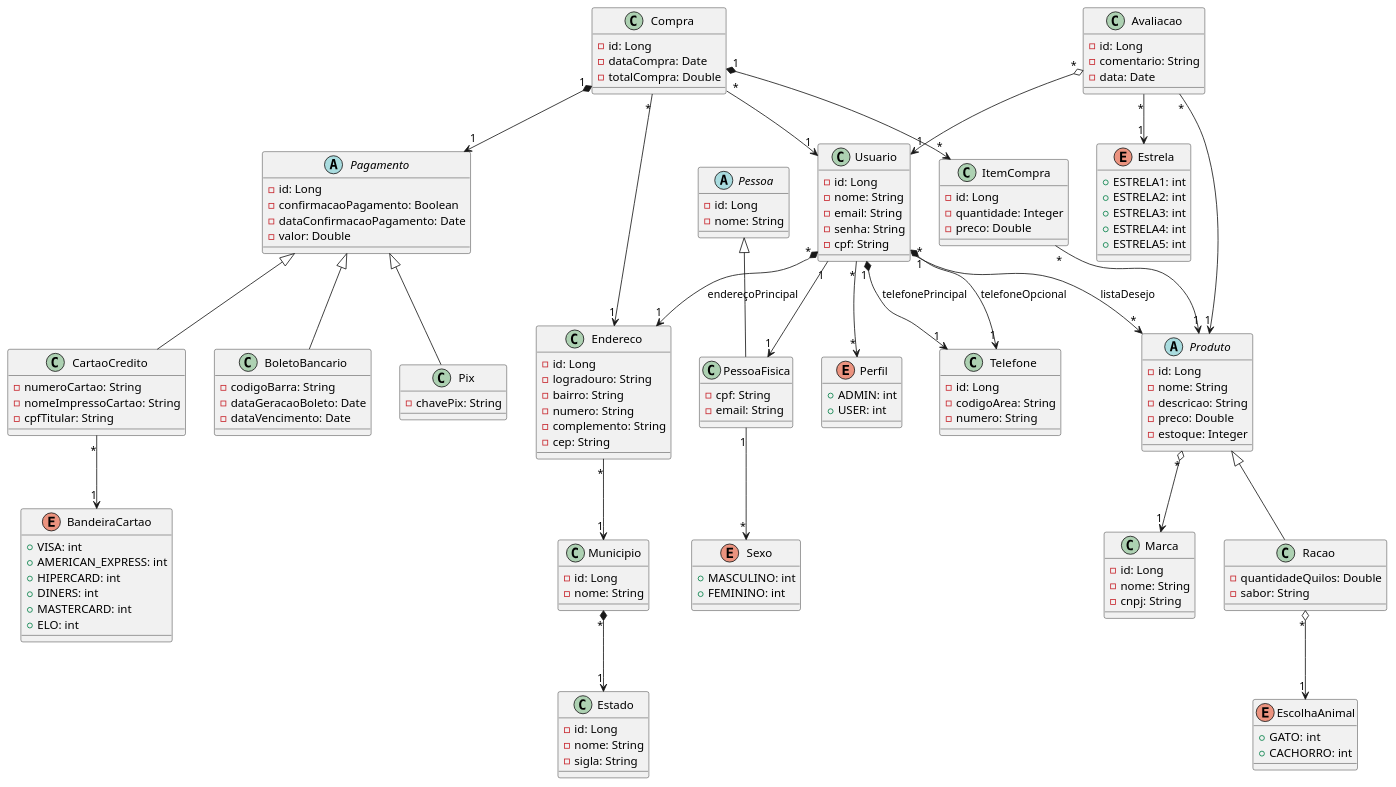
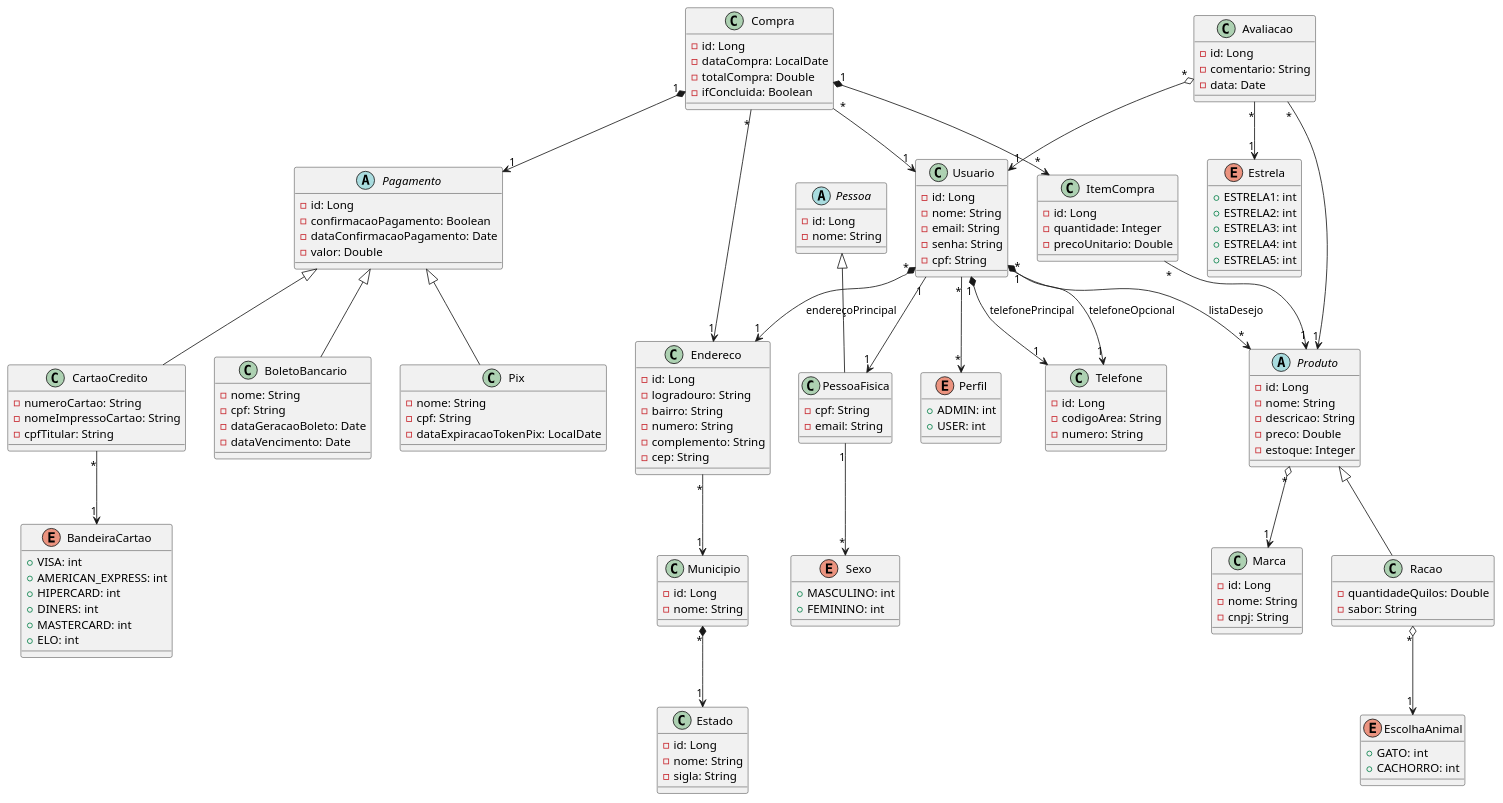
The diagram in JavaPets.plantuml (emannuelop/JavaPets-eCommerce), drawn with PlantUML before and after one commit. The commit also changed other lines of this file, not shown here.

Commit message:
UML atualizado

```diff
--- a/JavaPets.plantuml
+++ b/JavaPets.plantuml
@@ -72,15 +70,16 @@
     class Compra {
 
         - id: Long
-        - dataCompra: Date
+        - dataCompra: LocalDate
         - totalCompra: Double
+        - ifConcluida: Boolean
     }
 
     class ItemCompra {
 
         - id: Long
         - quantidade: Integer
-        - preco: Double
+        - precoUnitario: Double
     }
 
     class Endereco {
@@ -119,14 +118,17 @@
 
     class BoletoBancario {
 
-        - codigoBarra: String
+        - nome: String
+        - cpf: String
         - dataGeracaoBoleto: Date
         - dataVencimento: Date
     }
 
     class Pix {
 
-        - chavePix: String
+        - nome: String
+        - cpf: String
+        - dataExpiracaoTokenPix: LocalDate
     }
 
     class CartaoCredito {
```
